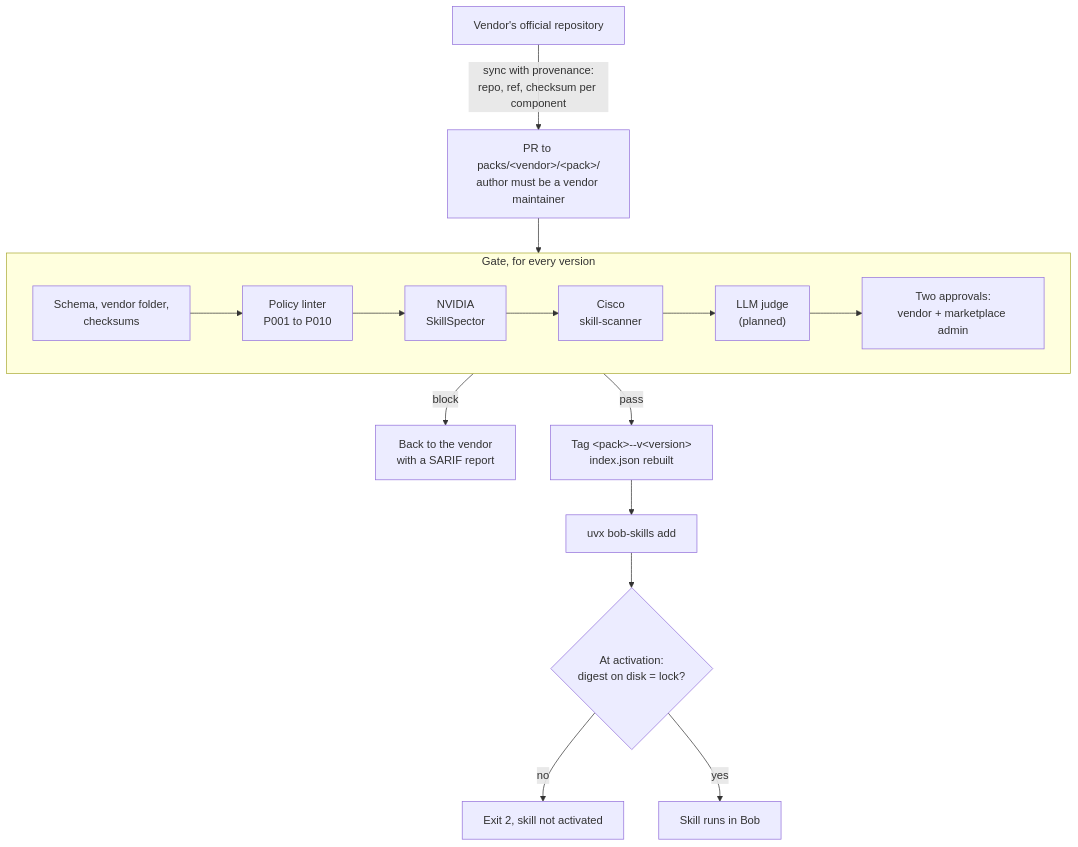
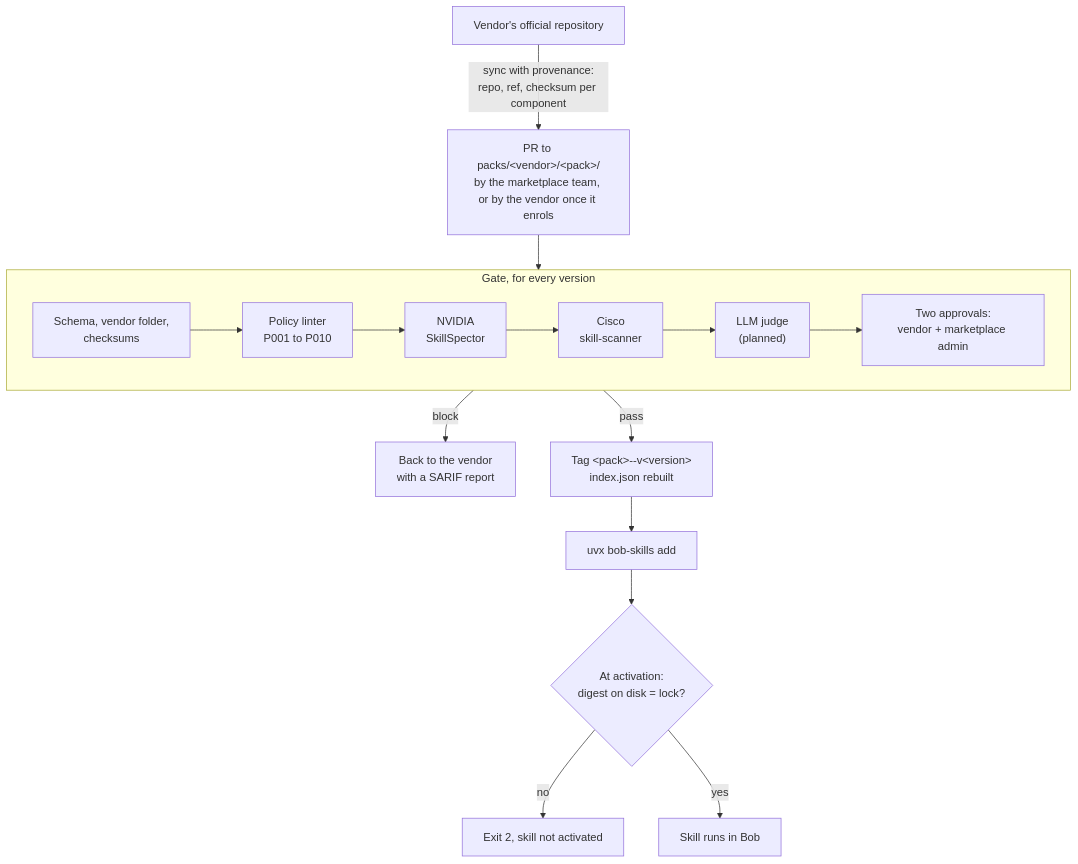
Before and after one commit to AlexandraIourenkova/bob-skills-marketplace: the second of 4 diagrams in README.md, drawn with Mermaid. The commit also changed other lines of this file and 32 other files, not shown here.

````diff
--- a/README.md
+++ b/README.md
@@ -42,15 +42,15 @@
 ```mermaid
 flowchart TD
-    src["Vendor's official repository"] -->|"sync with provenance:<br/>repo, ref, checksum per component"| pr["PR to packs/&lt;vendor&gt;/&lt;pack&gt;/<br/>author must be a vendor maintainer"]
+    src["Vendor's official repository"] -->|"sync with provenance:<br/>repo, ref, checksum per component"| pr["PR to packs/&lt;vendor&gt;/&lt;pack&gt;/<br/>by the marketplace team, or by the vendor once it enrols"]
     pr --> gate
     subgraph gate["Gate, for every version"]
         direction LR
         g1["Schema, vendor folder,<br/>checksums"] --> g2["Policy linter<br/>P001 to P010"] --> g3["NVIDIA<br/>SkillSpector"] --> g4["Cisco<br/>skill-scanner"] --> g5["LLM judge<br/>(planned)"] --> g6["Two approvals:<br/>vendor + marketplace admin"]
     end
     gate -->|"block"| back["Back to the vendor<br/>with a SARIF report"]
     gate -->|"pass"| rel["Tag &lt;pack&gt;--v&lt;version&gt;<br/>index.json rebuilt"]
     rel --> install["uvx bob-skills add"]
     install --> guard{"At activation:<br/>digest on disk = lock?"}
     guard -->|"no"| deny["Exit 2, skill not activated"]
     guard -->|"yes"| run["Skill runs in Bob"]
 ```
````
